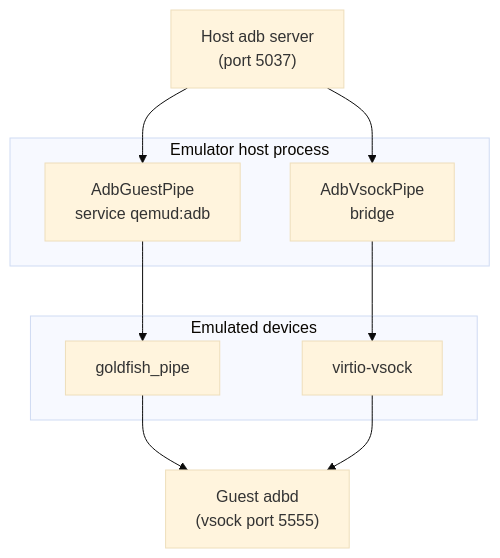
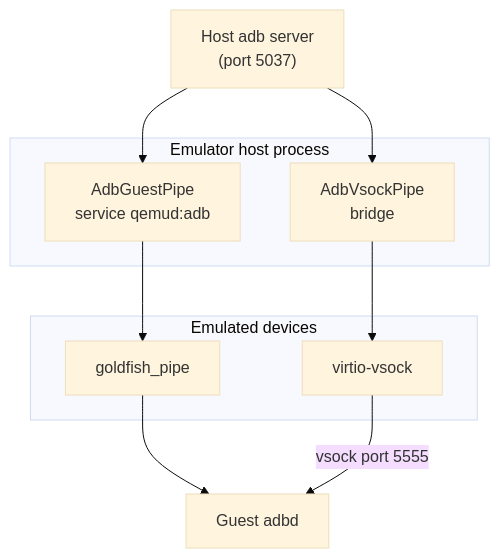
The sixth of 7 diagrams in 06-virtual-hardware.md (aospbooks/android-emulator-internal-book), drawn with Mermaid (base theme) before and after one commit. The commit also changed other lines of this file and 31 other files, not shown here.

````diff
--- a/06-virtual-hardware.md
+++ b/06-virtual-hardware.md
@@ -274,19 +277,19 @@
 ```mermaid
 flowchart TB
     HOSTADB["Host adb server<br/>(port 5037)"]
     subgraph EMU["Emulator host process"]
         PIPE["AdbGuestPipe<br/>service qemud:adb"]
         VSOCK["AdbVsockPipe<br/>bridge"]
     end
     subgraph DEVS["Emulated devices"]
         GPIPE["goldfish_pipe"]
         VVSOCK["virtio-vsock"]
     end
-    GUESTADBD["Guest adbd<br/>(vsock port 5555)"]
+    GUESTADBD["Guest adbd"]
     HOSTADB --> PIPE
     HOSTADB --> VSOCK
     PIPE --> GPIPE
     VSOCK --> VVSOCK
     GPIPE --> GUESTADBD
-    VVSOCK --> GUESTADBD
+    VVSOCK -->|"vsock port 5555"| GUESTADBD
 ```
````
